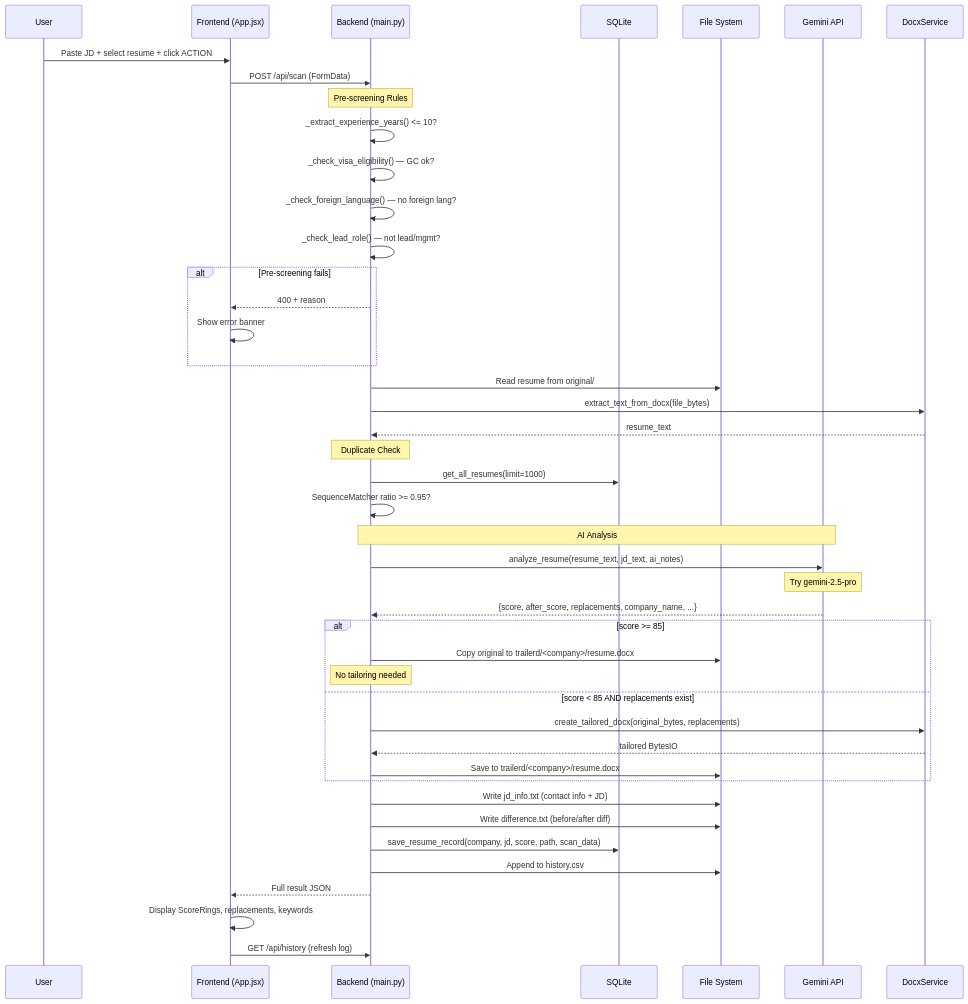
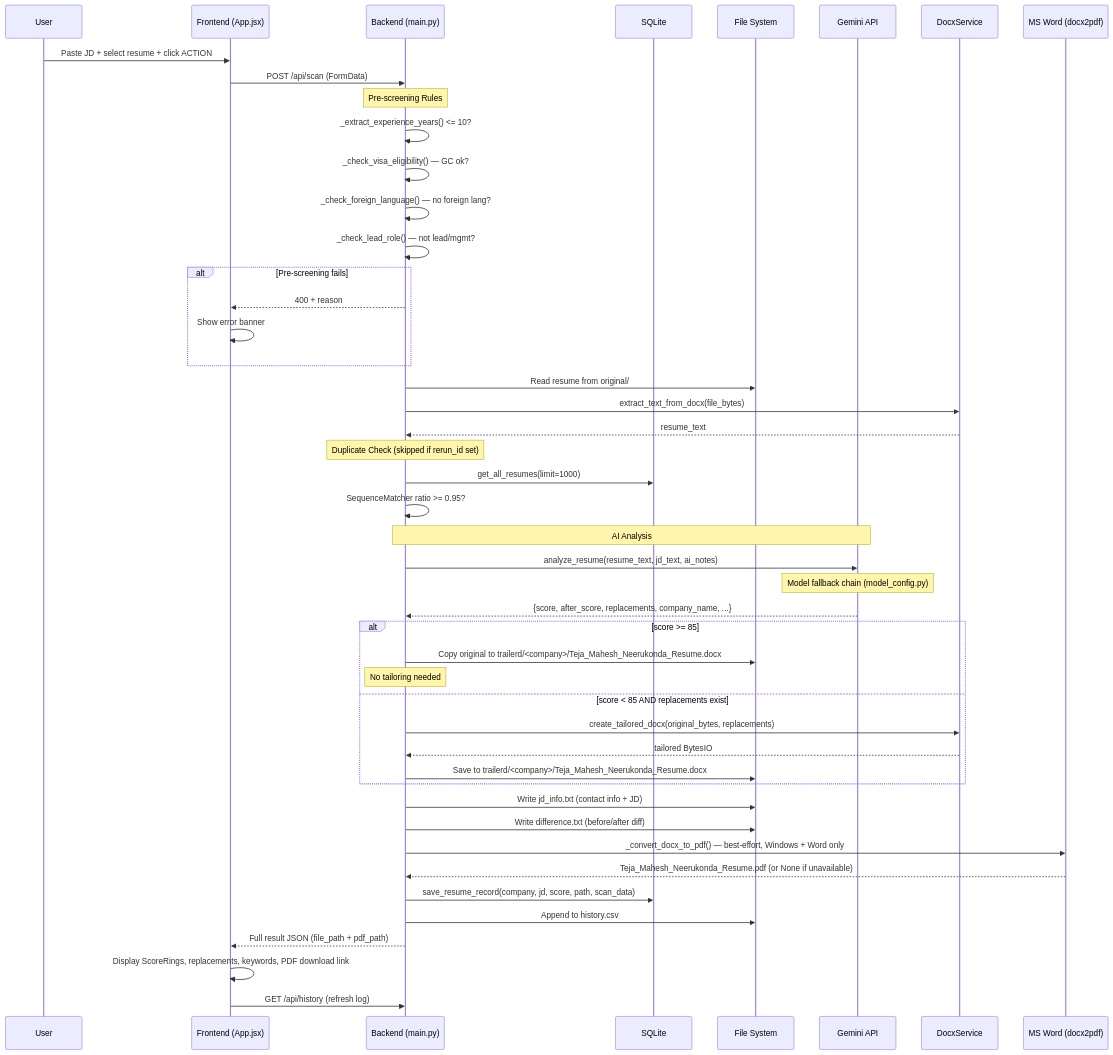
The first of 13 diagrams in docx/Data_Flow_Sequences.md (tejamahesh1433/job-trailerd-resume), drawn with Mermaid before and after one commit. The commit also changed other lines of this file and 9 other files, not shown here.

````diff
--- a/docx/Data_Flow_Sequences.md
+++ b/docx/Data_Flow_Sequences.md
@@ -5,55 +5,58 @@
 ```mermaid
 sequenceDiagram
     participant U as User
     participant FE as Frontend (App.jsx)
     participant BE as Backend (main.py)
     participant DB as SQLite
     participant FS as File System
     participant AI as Gemini API
     participant DX as DocxService
+    participant WD as MS Word (docx2pdf)
 
     U->>FE: Paste JD + select resume + click ACTION
     FE->>BE: POST /api/scan (FormData)
 
     Note over BE: Pre-screening Rules
     BE->>BE: _extract_experience_years() <= 10?
     BE->>BE: _check_visa_eligibility() — GC ok?
     BE->>BE: _check_foreign_language() — no foreign lang?
     BE->>BE: _check_lead_role() — not lead/mgmt?
 
     alt Pre-screening fails
         BE-->>FE: 400 + reason
         FE->>FE: Show error banner
     end
 
     BE->>FS: Read resume from original/
     BE->>DX: extract_text_from_docx(file_bytes)
     DX-->>BE: resume_text
 
-    Note over BE: Duplicate Check
+    Note over BE: Duplicate Check (skipped if rerun_id set)
     BE->>DB: get_all_resumes(limit=1000)
     BE->>BE: SequenceMatcher ratio >= 0.95?
 
     Note over BE,AI: AI Analysis
     BE->>AI: analyze_resume(resume_text, jd_text, ai_notes)
-    Note over AI: Try gemini-2.5-pro
+    Note over AI: Model fallback chain (model_config.py)
     AI-->>BE: {score, after_score, replacements, company_name, ...}
 
     alt score >= 85
-        BE->>FS: Copy original to trailerd/<company>/resume.docx
+        BE->>FS: Copy original to trailerd/<company>/Teja_Mahesh_Neerukonda_Resume.docx
         Note over BE: No tailoring needed
     else score < 85 AND replacements exist
         BE->>DX: create_tailored_docx(original_bytes, replacements)
         DX-->>BE: tailored BytesIO
-        BE->>FS: Save to trailerd/<company>/resume.docx
+        BE->>FS: Save to trailerd/<company>/Teja_Mahesh_Neerukonda_Resume.docx
     end
 
     BE->>FS: Write jd_info.txt (contact info + JD)
     BE->>FS: Write difference.txt (before/after diff)
+    BE->>WD: _convert_docx_to_pdf() — best-effort, Windows + Word only
+    WD-->>BE: Teja_Mahesh_Neerukonda_Resume.pdf (or None if unavailable)
     BE->>DB: save_resume_record(company, jd, score, path, scan_data)
     BE->>FS: Append to history.csv
 
-    BE-->>FE: Full result JSON
-    FE->>FE: Display ScoreRings, replacements, keywords
+    BE-->>FE: Full result JSON (file_path + pdf_path)
+    FE->>FE: Display ScoreRings, replacements, keywords, PDF download link
     FE->>BE: GET /api/history (refresh log)
 ```
````
